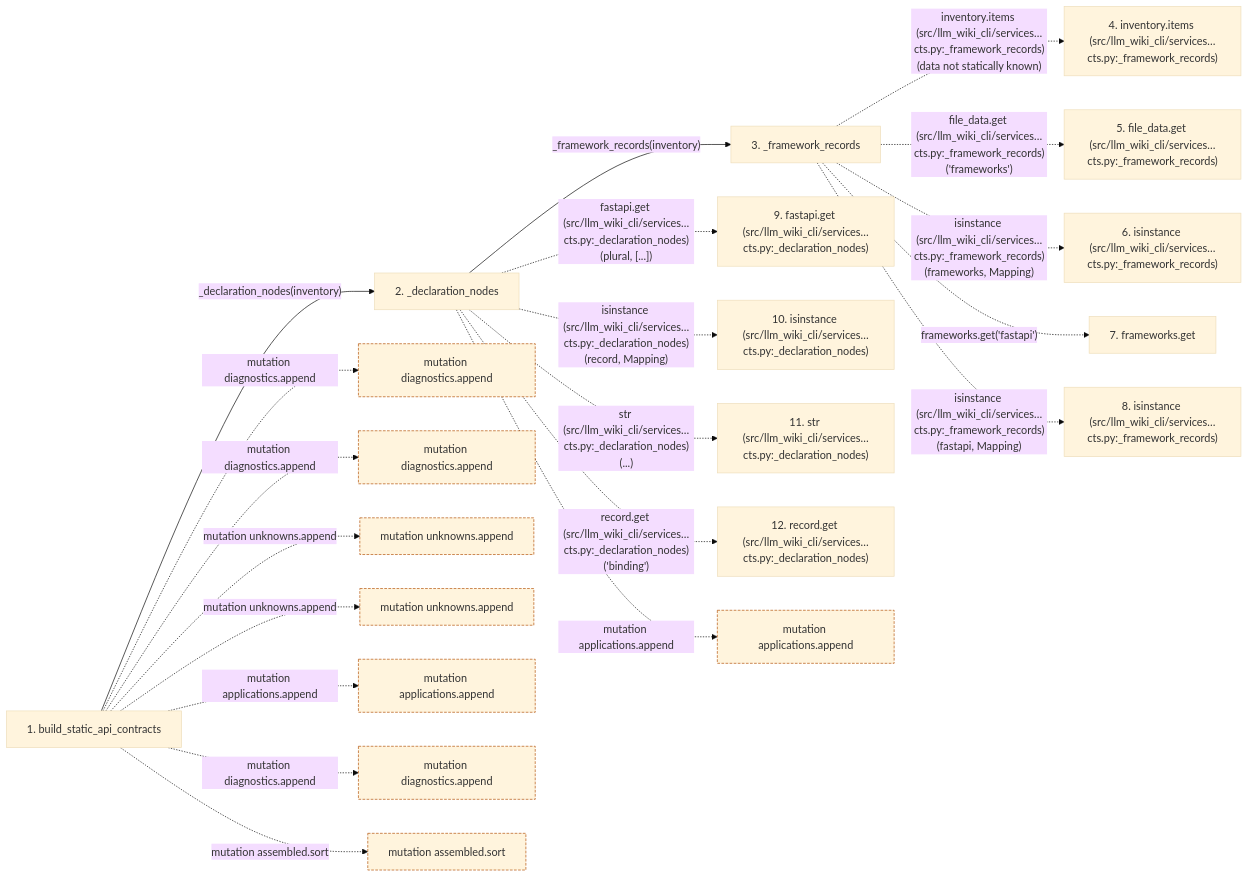
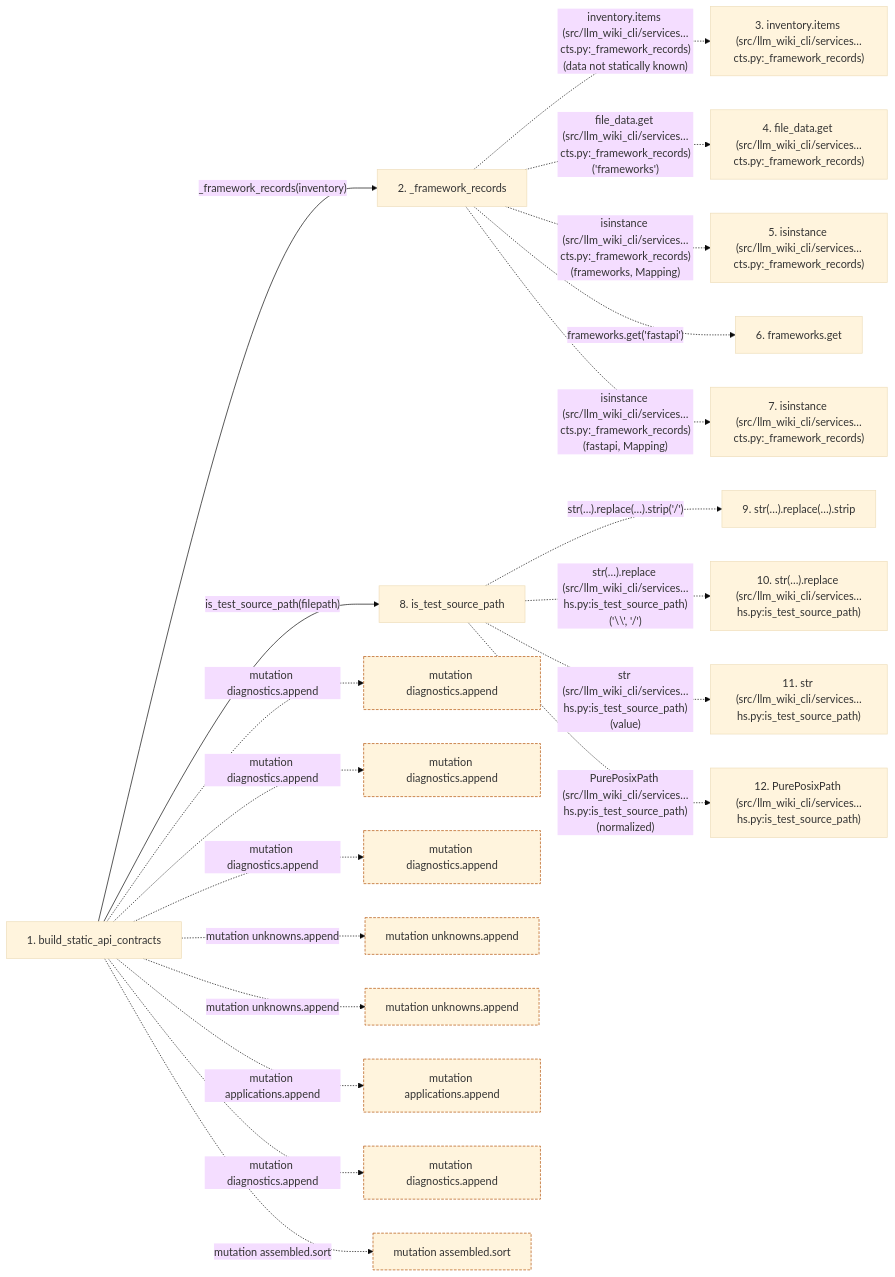
The second of 2 diagrams in docs/llm_wiki/flows/api-build_static_api_contracts.md (Denissvgn/python-wiki-llm), drawn with Mermaid (base theme) before and after one commit. The commit also changed other lines of this file and 76 other files, not shown here.

````diff
--- a/docs/llm_wiki/flows/api-build_static_api_contracts.md
+++ b/docs/llm_wiki/flows/api-build_static_api_contracts.md
@@ -70,54 +90,54 @@
 ```mermaid
 flowchart LR
     s1["1. build_static_api_contracts"]
-    s2["2. _declaration_nodes"]
-    s3["3. _framework_records"]
-    s4["4. inventory.items (src/llm_wiki_cli/services…cts.py:_framework_records)"]
-    s5["5. file_data.get (src/llm_wiki_cli/services…cts.py:_framework_records)"]
-    s6["6. isinstance (src/llm_wiki_cli/services…cts.py:_framework_records)"]
-    s7["7. frameworks.get"]
-    s8["8. isinstance (src/llm_wiki_cli/services…cts.py:_framework_records)"]
-    s9["9. fastapi.get (src/llm_wiki_cli/services…cts.py:_declaration_nodes)"]
-    s10["10. isinstance (src/llm_wiki_cli/services…cts.py:_declaration_nodes)"]
-    s11["11. str (src/llm_wiki_cli/services…cts.py:_declaration_nodes)"]
-    s12["12. record.get (src/llm_wiki_cli/services…cts.py:_declaration_nodes)"]
-    s1 -->|"_declaration_nodes(inventory)"| s2
-    s2 -->|"_framework_records(inventory)"| s3
-    s3 -. "inventory.items (src/llm_wiki_cli/services…cts.py:_framework_records)(data not statically known)" .-> s4
-    s3 -. "file_data.get (src/llm_wiki_cli/services…cts.py:_framework_records)('frameworks')" .-> s5
-    s3 -. "isinstance (src/llm_wiki_cli/services…cts.py:_framework_records)(frameworks, Mapping)" .-> s6
-    s3 -. "frameworks.get('fastapi')" .-> s7
-    s3 -. "isinstance (src/llm_wiki_cli/services…cts.py:_framework_records)(fastapi, Mapping)" .-> s8
-    s2 -. "fastapi.get (src/llm_wiki_cli/services…cts.py:_declaration_nodes)(plural, [...])" .-> s9
-    s2 -. "isinstance (src/llm_wiki_cli/services…cts.py:_declaration_nodes)(record, Mapping)" .-> s10
-    s2 -. "str (src/llm_wiki_cli/services…cts.py:_declaration_nodes)(...)" .-> s11
-    s2 -. "record.get (src/llm_wiki_cli/services…cts.py:_declaration_nodes)('binding')" .-> s12
+    s2["2. _framework_records"]
+    s3["3. inventory.items (src/llm_wiki_cli/services…cts.py:_framework_records)"]
+    s4["4. file_data.get (src/llm_wiki_cli/services…cts.py:_framework_records)"]
+    s5["5. isinstance (src/llm_wiki_cli/services…cts.py:_framework_records)"]
+    s6["6. frameworks.get"]
+    s7["7. isinstance (src/llm_wiki_cli/services…cts.py:_framework_records)"]
+    s8["8. is_test_source_path"]
+    s9["9. str(…).replace(…).strip"]
+    s10["10. str(…).replace (src/llm_wiki_cli/services…hs.py:is_test_source_path)"]
+    s11["11. str (src/llm_wiki_cli/services…hs.py:is_test_source_path)"]
+    s12["12. PurePosixPath (src/llm_wiki_cli/services…hs.py:is_test_source_path)"]
+    s1 -->|"_framework_records(inventory)"| s2
+    s2 -. "inventory.items (src/llm_wiki_cli/services…cts.py:_framework_records)(data not statically known)" .-> s3
+    s2 -. "file_data.get (src/llm_wiki_cli/services…cts.py:_framework_records)('frameworks')" .-> s4
+    s2 -. "isinstance (src/llm_wiki_cli/services…cts.py:_framework_records)(frameworks, Mapping)" .-> s5
+    s2 -. "frameworks.get('fastapi')" .-> s6
+    s2 -. "isinstance (src/llm_wiki_cli/services…cts.py:_framework_records)(fastapi, Mapping)" .-> s7
+    s1 -->|"is_test_source_path(filepath)"| s8
+    s8 -. "str(…).replace(…).strip('/')" .-> s9
+    s8 -. "str(…).replace (src/llm_wiki_cli/services…hs.py:is_test_source_path)('\\', '/')" .-> s10
+    s8 -. "str (src/llm_wiki_cli/services…hs.py:is_test_source_path)(value)" .-> s11
+    s8 -. "PurePosixPath (src/llm_wiki_cli/services…hs.py:is_test_source_path)(normalized)" .-> s12
     b0["mutation diagnostics.append"]
     s1 -. "mutation diagnostics.append" .-> b0
     b1["mutation diagnostics.append"]
     s1 -. "mutation diagnostics.append" .-> b1
-    b2["mutation unknowns.append"]
-    s1 -. "mutation unknowns.append" .-> b2
+    b2["mutation diagnostics.append"]
+    s1 -. "mutation diagnostics.append" .-> b2
     b3["mutation unknowns.append"]
     s1 -. "mutation unknowns.append" .-> b3
-    b4["mutation applications.append"]
-    s1 -. "mutation applications.append" .-> b4
-    b5["mutation diagnostics.append"]
-    s1 -. "mutation diagnostics.append" .-> b5
-    b6["mutation assembled.sort"]
-    s1 -. "mutation assembled.sort" .-> b6
-    b7["mutation applications.append"]
-    s2 -. "mutation applications.append" .-> b7
+    b4["mutation unknowns.append"]
+    s1 -. "mutation unknowns.append" .-> b4
+    b5["mutation applications.append"]
+    s1 -. "mutation applications.append" .-> b5
+    b6["mutation diagnostics.append"]
+    s1 -. "mutation diagnostics.append" .-> b6
+    b7["mutation assembled.sort"]
+    s1 -. "mutation assembled.sort" .-> b7
     click s1 "../modules/api_contracts.md"
     click s2 "../modules/api_contracts.md"
-    click s3 "../modules/api_contracts.md"
+    click s8 "../modules/paths.md"
     classDef boundary stroke:#b45309,stroke-dasharray: 4 2
     class b0 boundary
     class b1 boundary
     class b2 boundary
     class b3 boundary
     class b4 boundary
     class b5 boundary
     class b6 boundary
     class b7 boundary
 ```
````
